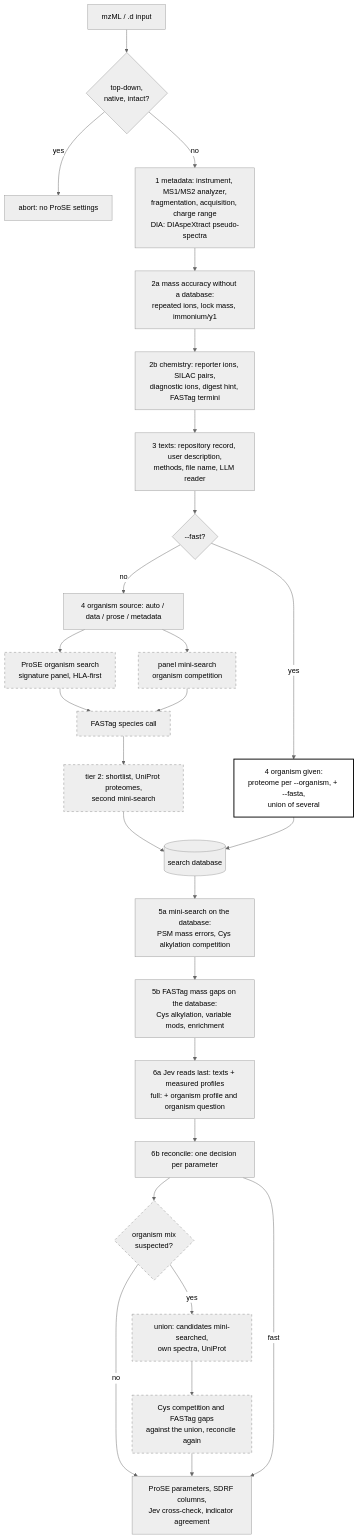
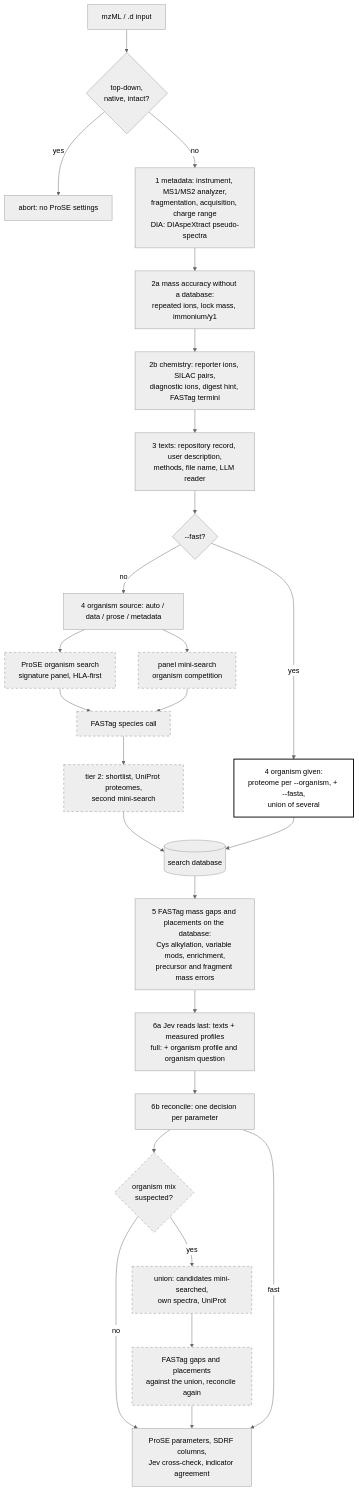
The first of 2 diagrams in docs/decision_flow.md (okohlbacher/prose-auto), drawn with Mermaid (neutral theme) before and after one commit. The commit also changed other lines of this file and 11 other files, not shown here.

First line of the commit message:
prose-auto 0.1.10: mass errors from FASTag placements, mini-search for the organism only

````diff
--- a/docs/decision_flow.md
+++ b/docs/decision_flow.md
@@ -23,31 +23,30 @@
 ```mermaid
 flowchart TD
     A[mzML / .d input] --> TD{top-down,<br/>native, intact?}
     TD -- yes --> STOP[abort: no ProSE settings]
     TD -- no --> M[1 metadata: instrument, MS1/MS2 analyzer,<br/>fragmentation, acquisition, charge range<br/>DIA: DIAspeXtract pseudo-spectra]
     M --> TOL[2a mass accuracy without a database:<br/>repeated ions, lock mass, immonium/y1]
     TOL --> CH[2b chemistry: reporter ions, SILAC pairs,<br/>diagnostic ions, digest hint, FASTag termini]
     CH --> TX[3 texts: repository record, user description,<br/>methods, file name, LLM reader]
     TX --> MODE{--fast?}
     MODE -- no --> SRC[4 organism source: auto / data / prose / metadata]
     SRC --> PO[ProSE organism search<br/>signature panel, HLA-first]:::full
     SRC --> PM[panel mini-search<br/>organism competition]:::full
     PO --> FS[FASTag species call]:::full
     PM --> FS
     FS --> T2[tier 2: shortlist, UniProt proteomes,<br/>second mini-search]:::full
     MODE -- yes --> GIV[4 organism given:<br/>proteome per --organism, + --fasta,<br/>union of several]:::fast
     T2 --> DB[(search database)]
     GIV --> DB
-    DB --> MS[5a mini-search on the database:<br/>PSM mass errors, Cys alkylation competition]
-    MS --> GAP[5b FASTag mass gaps on the database:<br/>Cys alkylation, variable mods, enrichment]
+    DB --> GAP[5 FASTag mass gaps and placements on the database:<br/>Cys alkylation, variable mods, enrichment,<br/>precursor and fragment mass errors]
     GAP --> JEV[6a Jev reads last: texts + measured profiles<br/>full: + organism profile and organism question]
     JEV --> REC[6b reconcile: one decision per parameter]
     REC --> MIX{organism mix<br/>suspected?}:::full
     MIX -- yes --> UN[union: candidates mini-searched,<br/>own spectra, UniProt]:::full
-    UN --> REDO[Cys competition and FASTag gaps<br/>against the union, reconcile again]:::full
+    UN --> REDO[FASTag gaps and placements<br/>against the union, reconcile again]:::full
     MIX -- no --> OUT
     REDO --> OUT
     REC -- fast --> OUT[ProSE parameters, SDRF columns,<br/>Jev cross-check, indicator agreement]
     classDef full fill:#eeeeee,stroke:#888888,stroke-dasharray: 5 5
     classDef fast fill:#ffffff,stroke:#000000,stroke-width:2px
 ```
````
